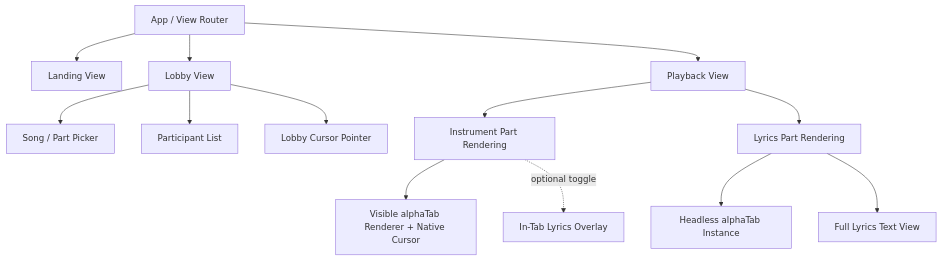
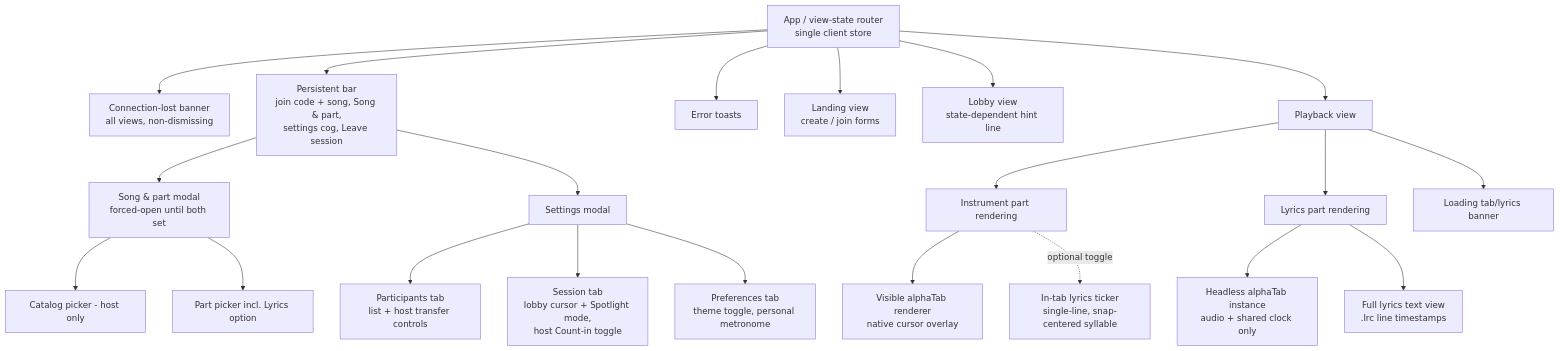
The third of 3 diagrams in README.md (kinda-bad/sync-tab-scroll), drawn with Mermaid before and after one commit. The commit also changed other lines of this file and 9 other files, not shown here.

First line of the commit message:
docs(project): verify/plan outputs, STATUS refresh, re-rendered diagrams

````diff
--- a/README.md
+++ b/README.md
@@ -84,29 +99,48 @@
 ```mermaid
 graph TD
-    App[App / View Router]
-    Landing[Landing View]
-    Lobby[Lobby View]
-    Playback[Playback View]
-    PartPicker[Song / Part Picker]
-    ParticipantList[Participant List]
-    LobbyCursor[Lobby Cursor Pointer]
-    InstrumentView[Instrument Part Rendering]
-    LyricsView[Lyrics Part Rendering]
-    AlphaTabVisible[Visible alphaTab Renderer + Native Cursor]
-    LyricsOverlay[In-Tab Lyrics Overlay]
-    AlphaTabHeadless[Headless alphaTab Instance]
-    FullLyrics[Full Lyrics Text View]
+    App[App / view-state router<br/>single client store]
+    Banner[Connection-lost banner<br/>all views, non-dismissing]
+    Bar[Persistent bar<br/>join code + song, Song & part,<br/>settings cog, Leave session]
+    Toasts[Error toasts]
+    Landing[Landing view<br/>create / join forms]
+    Lobby[Lobby view<br/>state-dependent hint line]
+    Playback[Playback view]
 
+    SongPartModal[Song & part modal<br/>forced-open until both set]
+    CatalogPicker[Catalog picker - host only]
+    PartPicker[Part picker incl. Lyrics option]
+
+    SettingsModal[Settings modal]
+    TabParticipants[Participants tab<br/>list + host transfer controls]
+    TabSession[Session tab<br/>lobby cursor + Spotlight mode,<br/>host Count-in toggle]
+    TabPreferences[Preferences tab<br/>theme toggle, personal metronome]
+
+    InstrumentView[Instrument part rendering]
+    AlphaTabVisible[Visible alphaTab renderer<br/>native cursor overlay]
+    Ticker[In-tab lyrics ticker<br/>single-line, snap-centered syllable]
+    LyricsView[Lyrics part rendering]
+    AlphaTabHeadless[Headless alphaTab instance<br/>audio + shared clock only]
+    FullLyrics[Full lyrics text view<br/>.lrc line timestamps]
+    LoadingBanner[Loading tab/lyrics banner]
+
+    App --> Banner
+    App --> Bar
+    App --> Toasts
     App --> Landing
     App --> Lobby
     App --> Playback
-    Lobby --> PartPicker
-    Lobby --> ParticipantList
-    Lobby --> LobbyCursor
+    Bar --> SongPartModal
+    Bar --> SettingsModal
+    SongPartModal --> CatalogPicker
+    SongPartModal --> PartPicker
+    SettingsModal --> TabParticipants
+    SettingsModal --> TabSession
+    SettingsModal --> TabPreferences
+    Playback --> LoadingBanner
     Playback --> InstrumentView
     Playback --> LyricsView
     InstrumentView --> AlphaTabVisible
-    InstrumentView -.->|optional toggle| LyricsOverlay
+    InstrumentView -.->|optional toggle| Ticker
     LyricsView --> AlphaTabHeadless
     LyricsView --> FullLyrics
 ```
````
